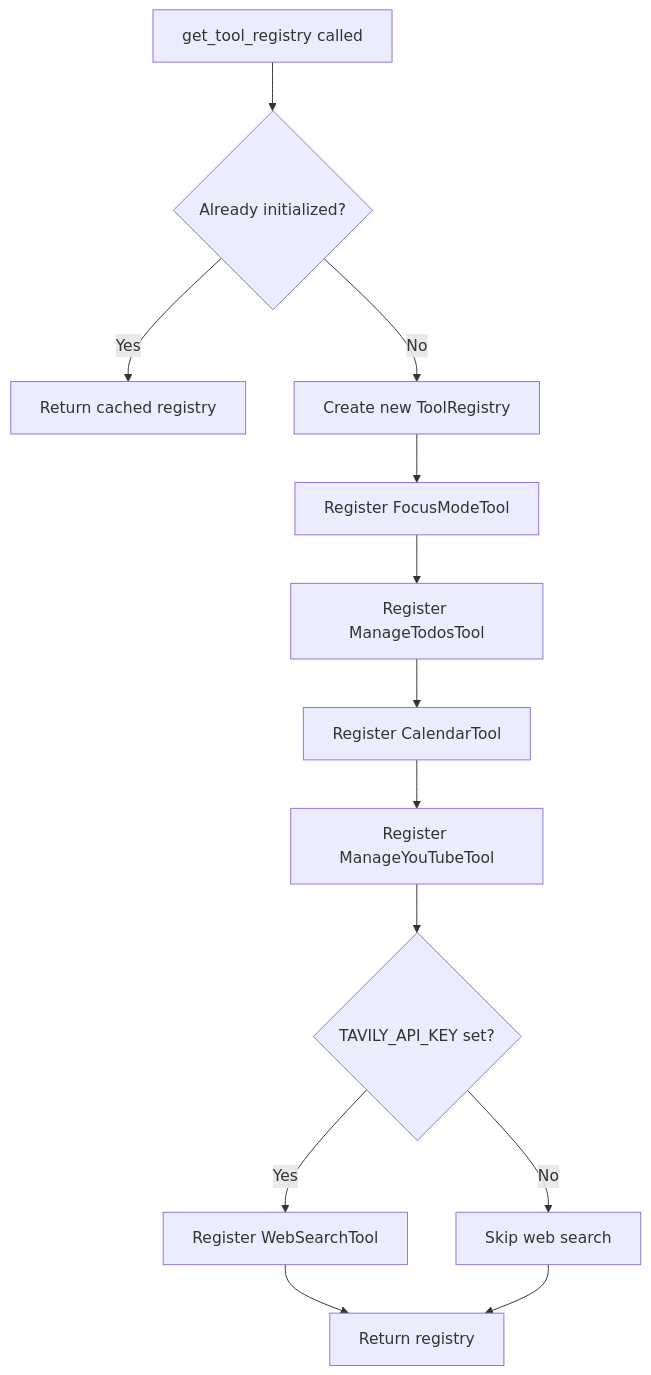
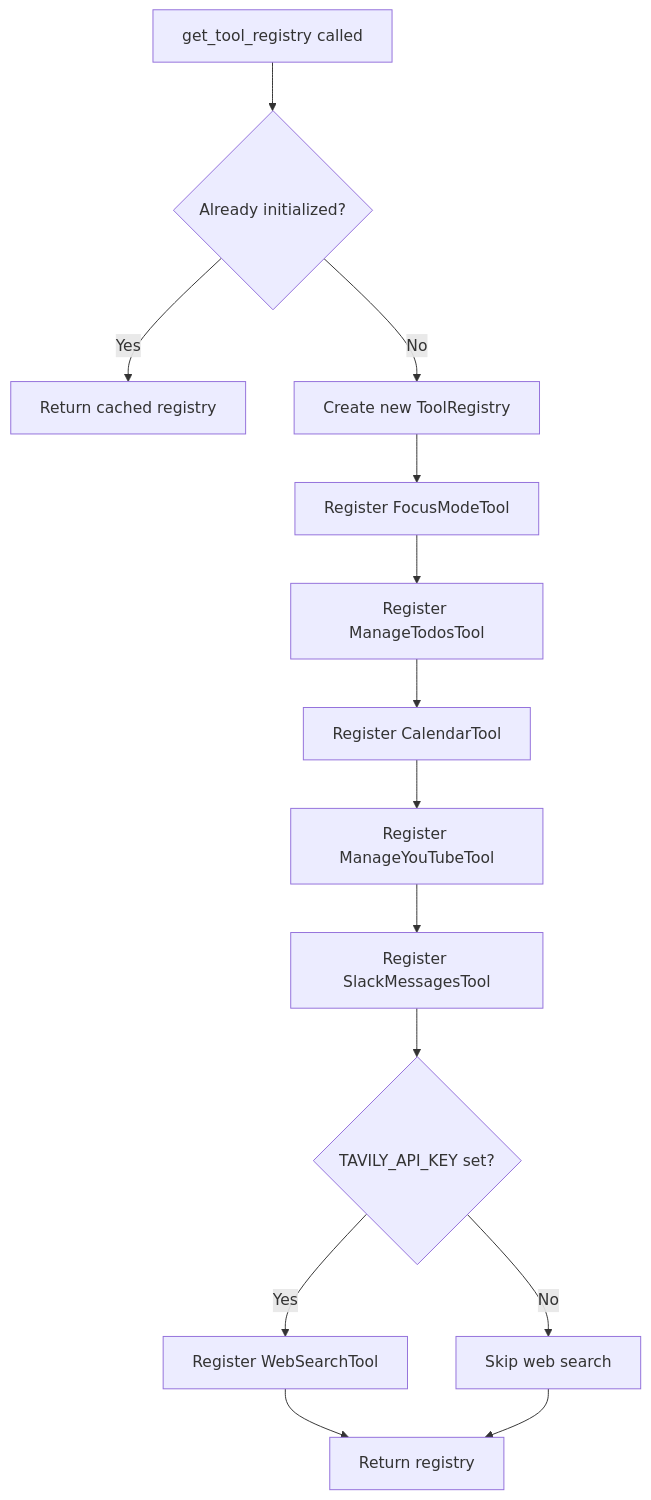
One commit to tekkno89/alfred-pa changed the third of 3 diagrams in .claude/diagrams/tool-system.md. Above: the diagram before and after it, drawn with Mermaid. The commit also changed other lines of this file and 7 other files, not shown here.

First line of the commit message:
feat: Improve Slack tools with find_channel, find_user, thread search, and better prompts

````diff
--- a/.claude/diagrams/tool-system.md
+++ b/.claude/diagrams/tool-system.md
@@ -102,15 +108,16 @@
 ```mermaid
 graph TD
     A[get_tool_registry called] --> B{Already initialized?}
     B -->|Yes| C[Return cached registry]
     B -->|No| D[Create new ToolRegistry]
     D --> E[Register FocusModeTool]
     E --> F[Register ManageTodosTool]
     F --> G[Register CalendarTool]
     G --> H[Register ManageYouTubeTool]
-    H --> I{TAVILY_API_KEY set?}
-    I -->|Yes| J[Register WebSearchTool]
-    I -->|No| K[Skip web search]
-    J --> L[Return registry]
-    K --> L
+    H --> I[Register SlackMessagesTool]
+    I --> J{TAVILY_API_KEY set?}
+    J -->|Yes| K[Register WebSearchTool]
+    J -->|No| L[Skip web search]
+    K --> M[Return registry]
+    L --> M
 ```
````
